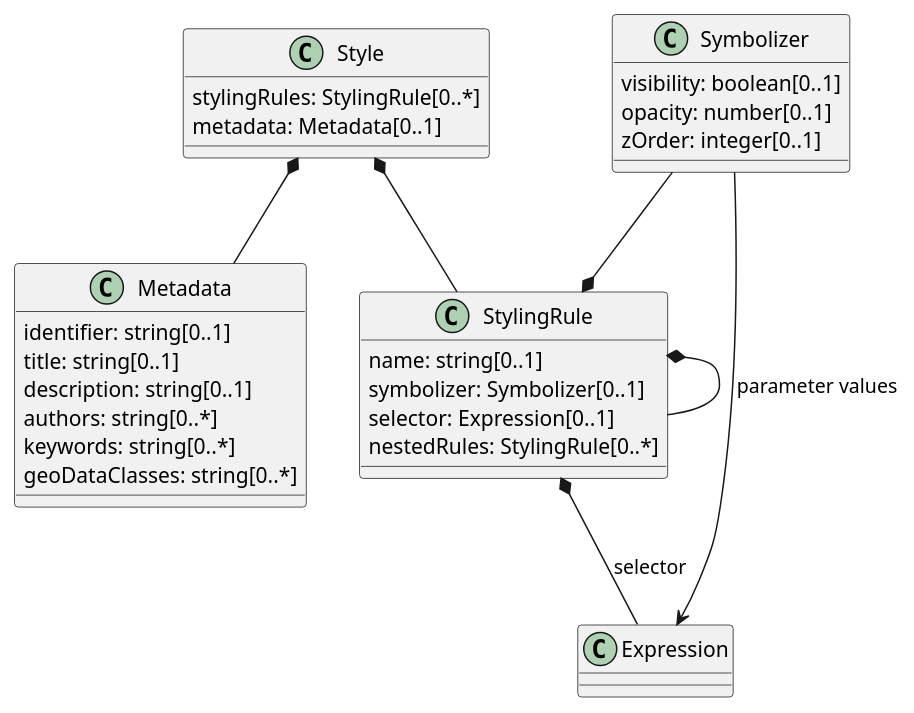
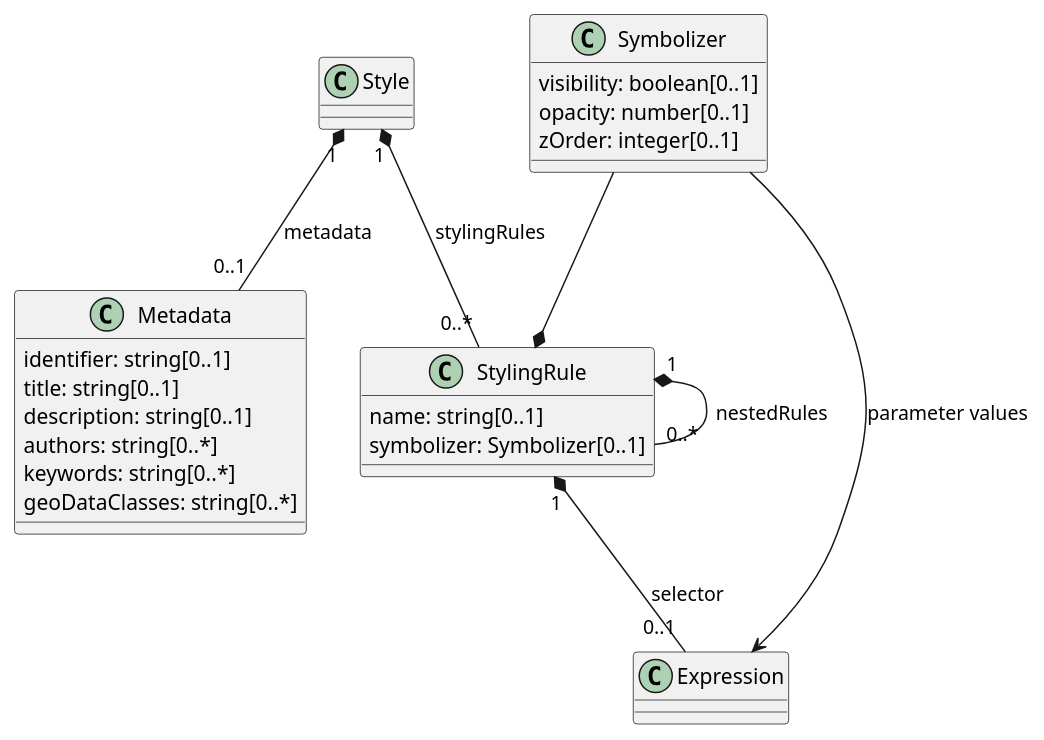
Before and after one commit to opengeospatial/cartographic-symbology: the first of 6 diagrams in 1-core/sections/clause_7_core.adoc, drawn with PlantUML. The commit also changed other lines of this file, not shown here.

Commit message:
Core UML: show Style.stylingRules, metadata, selector, nestedRules and the other listed properties as associations only

```diff
--- a/1-core/sections/clause_7_core.adoc
+++ b/1-core/sections/clause_7_core.adoc
@@ -18,33 +18,29 @@
 [plantuml, target=diagram-classes, format=png]
 ....
 @startuml
-Style : stylingRules: StylingRule[0..*]
-Style *-- StylingRule
-Style : metadata: Metadata[0..1]
-Style *-- Metadata
+Style "1" *-- "0..*" StylingRule : stylingRules
+Style "1" *-- "0..1" Metadata : metadata
 
 Metadata : identifier: string[0..1]
 Metadata : title: string[0..1]
 Metadata : description: string[0..1]
 Metadata : authors: string[0..*]
 Metadata : keywords: string[0..*]
 Metadata : geoDataClasses: string[0..*]
 
 StylingRule : name: string[0..1]
 StylingRule : symbolizer: Symbolizer[0..1]
-StylingRule : selector: Expression[0..1]
-StylingRule : nestedRules: StylingRule[0..*]
-StylingRule *-- StylingRule
-StylingRule *-- Expression : selector
+StylingRule "1" *-- "0..*" StylingRule : nestedRules
+StylingRule "1" *-- "0..1" Expression : selector
 
 Symbolizer : visibility: boolean[0..1]
 Symbolizer : opacity: number[0..1]
 Symbolizer : zOrder: integer[0..1]
 Symbolizer --* StylingRule
 Symbolizer --> Expression : parameter values
 
 /'Note: zOrder needs discussion on whether it should be relative or float
 and how to relate to encodings where the visual priority order
 comes from the order of the rules.'/
 @enduml
 ....
```
